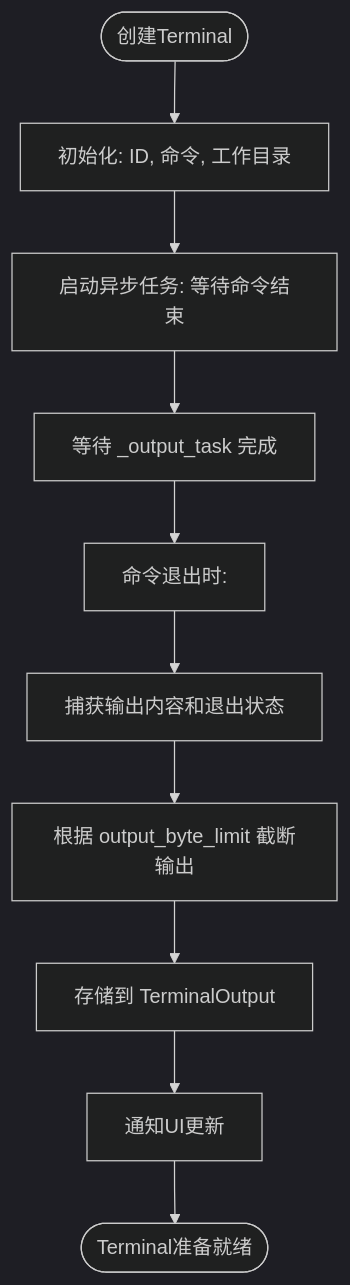
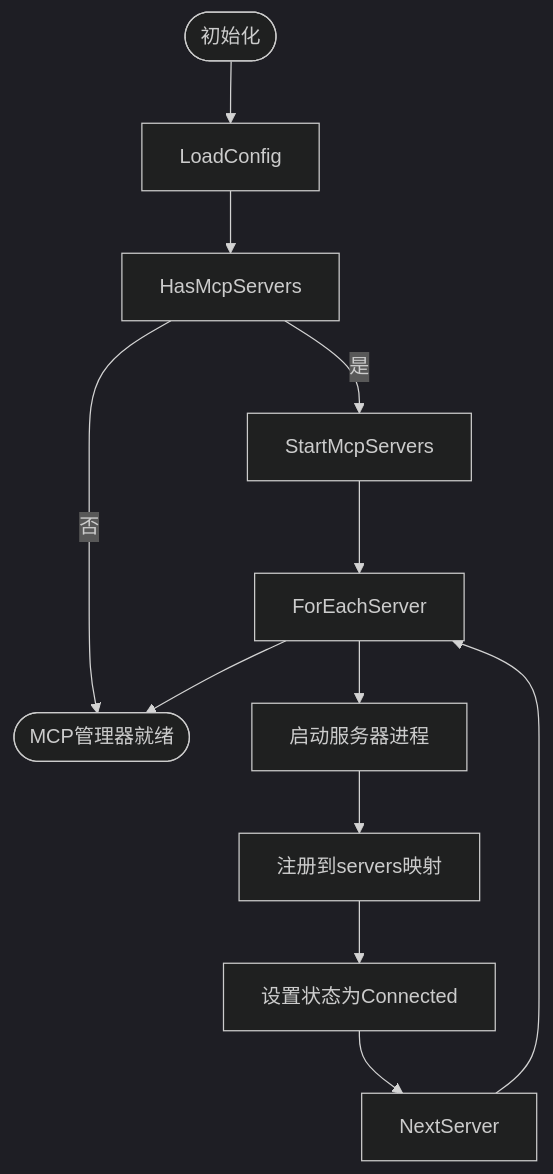
The fifth of 6 diagrams in .qoder/repowiki/zh/content/ACP协议实现/ACP协议实现.md (nuwax-ai/rcoder), drawn with Mermaid (dark theme) before and after one commit. The commit also changed other lines of this file and 85 other files, not shown here.

````diff
--- a/.qoder/repowiki/zh/content/ACP协议实现/ACP协议实现.md
+++ b/.qoder/repowiki/zh/content/ACP协议实现/ACP协议实现.md
@@ -169,12 +199,15 @@
 ```mermaid
 flowchart TD
-Start([创建Terminal]) --> Init["初始化: ID, 命令, 工作目录"]
-Init --> Spawn["启动异步任务: 等待命令结束"]
-Spawn --> Wait["等待 _output_task 完成"]
-Wait --> OnExit["命令退出时:"]
-OnExit --> Capture["捕获输出内容和退出状态"]
-Capture --> Truncate["根据 output_byte_limit 截断输出"]
-Truncate --> Store["存储到 TerminalOutput"]
-Store --> Notify["通知UI更新"]
-Notify --> End([Terminal准备就绪])
+Start([初始化]) --> LoadConfig
+LoadConfig --> HasMcpServers
+HasMcpServers --> |是| StartMcpServers
+HasMcpServers --> |否| End
+StartMcpServers --> ForEachServer
+ForEachServer --> StartServer["启动服务器进程"]
+StartServer --> RegisterServer["注册到servers映射"]
+RegisterServer --> UpdateState["设置状态为Connected"]
+UpdateState --> NextServer
+NextServer --> ForEachServer
+ForEachServer --> End
+End([MCP管理器就绪])
 ```
````
